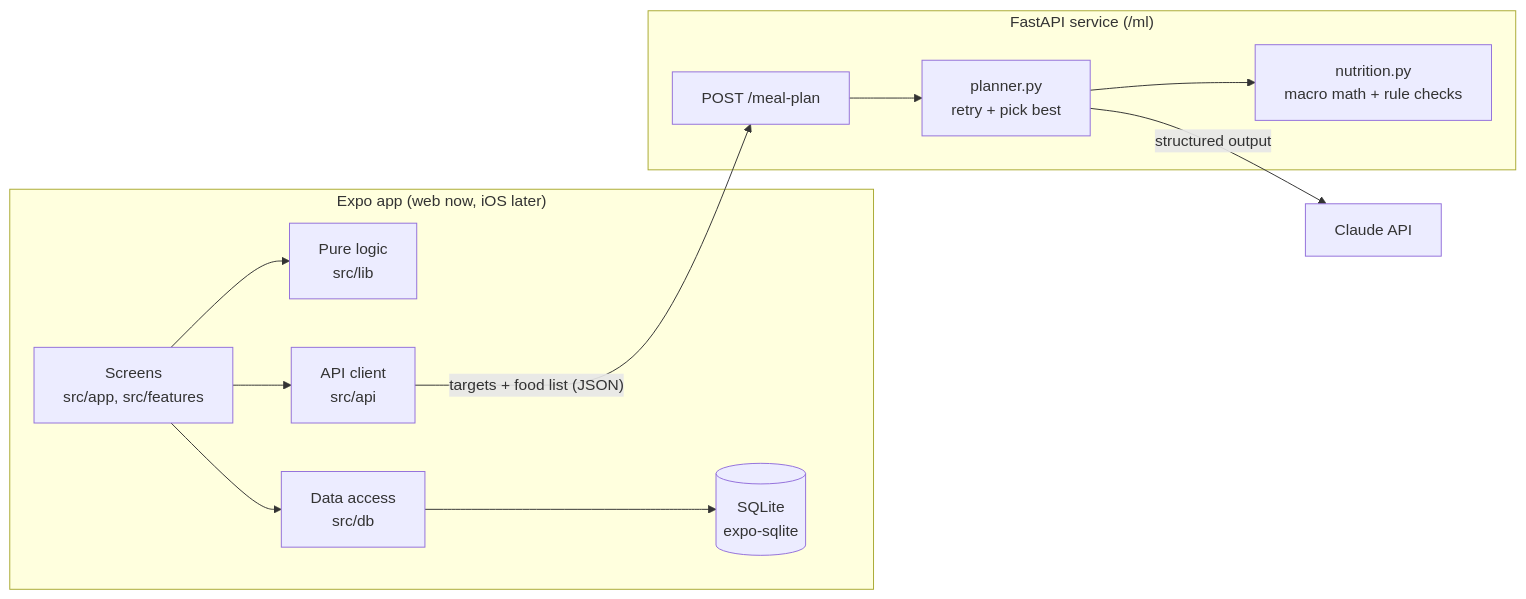
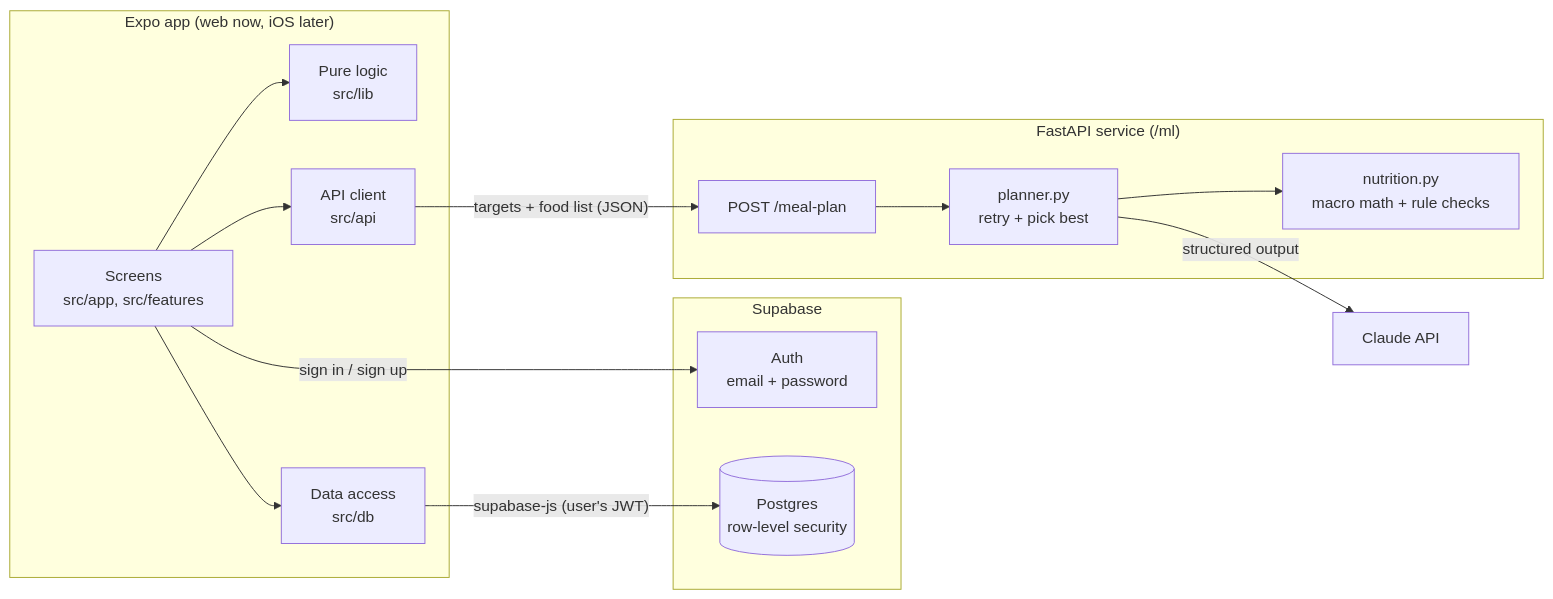
The diagram in README.md (yoshnaagarwal23/FitFreak), drawn with Mermaid before and after one commit. The commit also changed other lines of this file and 53 other files, not shown here.

First line of the commit message:
Add accounts: Supabase auth and cloud data layer

````diff
--- a/README.md
+++ b/README.md
@@ -34,15 +36,20 @@
 ```mermaid
 flowchart LR
   subgraph App["Expo app (web now, iOS later)"]
     UI["Screens<br/>src/app, src/features"] --> Logic["Pure logic<br/>src/lib"]
     UI --> Repo["Data access<br/>src/db"]
-    Repo --> SQLite[("SQLite<br/>expo-sqlite")]
     UI --> Client["API client<br/>src/api"]
   end
+  subgraph Supabase
+    Auth["Auth<br/>email + password"]
+    PG[("Postgres<br/>row-level security")]
+  end
+  Repo -- "supabase-js (user's JWT)" --> PG
+  UI -- "sign in / sign up" --> Auth
   subgraph API["FastAPI service (/ml)"]
     Route["POST /meal-plan"] --> Planner["planner.py<br/>retry + pick best"]
     Planner --> Nutrition["nutrition.py<br/>macro math + rule checks"]
   end
   Client -- "targets + food list (JSON)" --> Route
   Planner -- "structured output" --> Claude["Claude API"]
 ```
````
